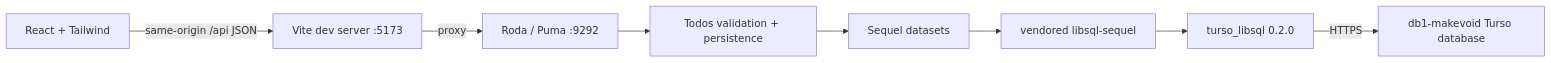
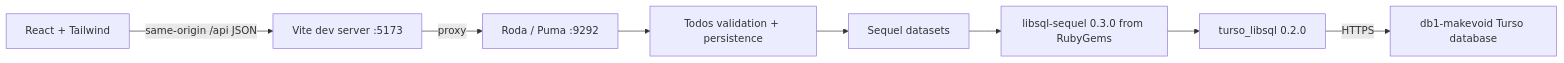
The diagram in docs/architecture.md (makevoid/roda-turso-app), drawn with Mermaid before and after one commit. The commit also changed 13 other files, not shown here.

Commit message:
Use published libsql-sequel 0.3.0 from RubyGems

````diff
--- a/docs/architecture.md
+++ b/docs/architecture.md
@@ -5,10 +5,10 @@
 ```mermaid
 flowchart LR
   Browser[React + Tailwind] -->|same-origin /api JSON| Vite[Vite dev server :5173]
   Vite -->|proxy| Roda[Roda / Puma :9292]
   Roda --> Todos[Todos validation + persistence]
   Todos --> Sequel[Sequel datasets]
-  Sequel --> Adapter[vendored libsql-sequel]
+  Sequel --> Adapter[libsql-sequel 0.3.0 from RubyGems]
   Adapter --> Native[turso_libsql 0.2.0]
   Native -->|HTTPS| Turso[db1-makevoid Turso database]
 ```
````
